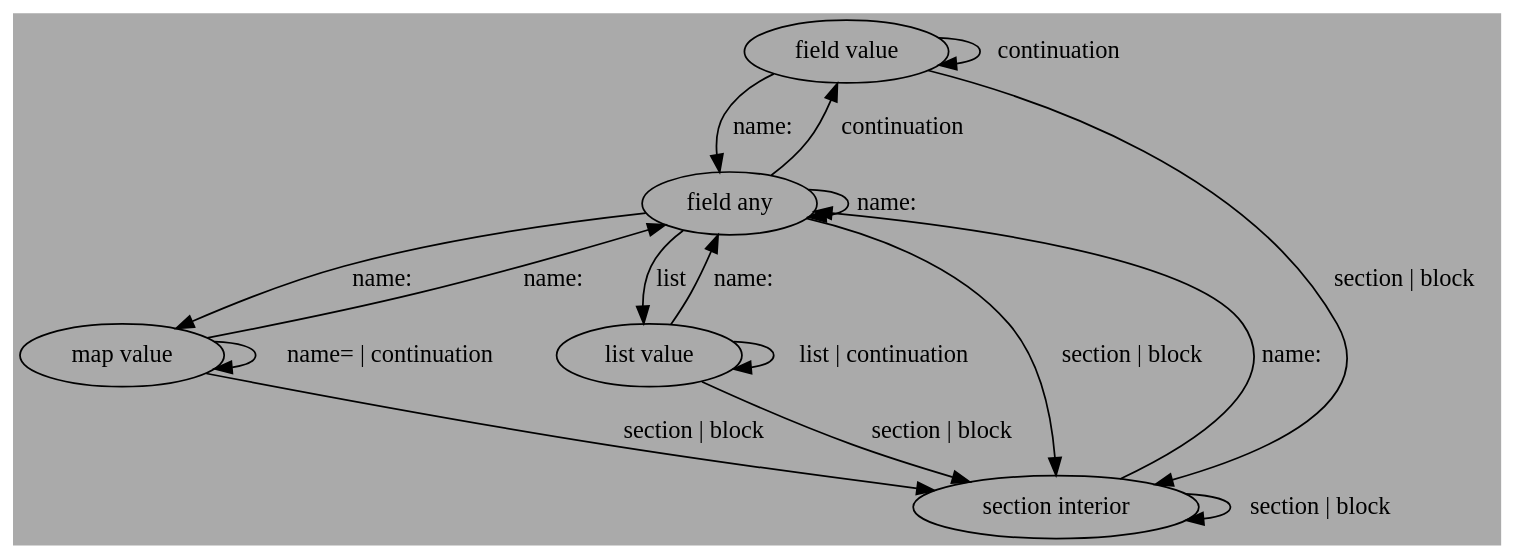
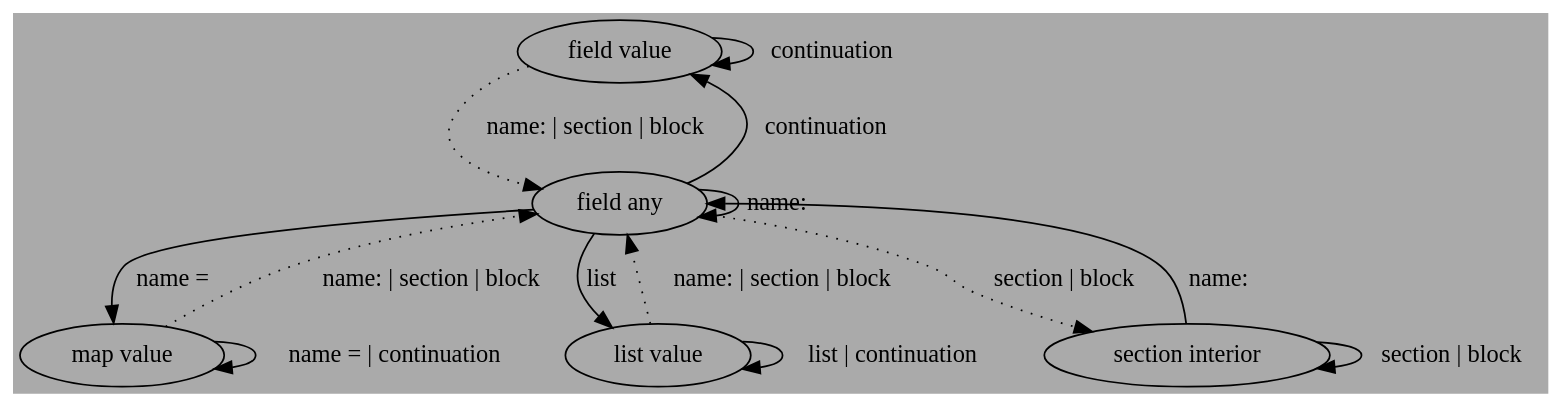
Before and after one commit to Nzen/Enohar: the diagram in usr/parser.dot, drawn with Graphviz. The commit also changed 9 other files, not shown here.

```diff
--- a/usr/parser.dot
+++ b/usr/parser.dot
@@ -1,27 +1,24 @@
 
 digraph eno_parse_stages
 {
 	bgcolor = "#AAAAAA"
 	field_value [ label = "field value" ];
 	field_any [ label = "field any" ];
 	map_value [ label = "map value" ];
 	list_value [ label = "list value" ];
 	section_interior [ label = "section interior" ];
 
 	section_interior -> section_interior [ label = "section | block" ];
 	section_interior -> field_any [ label = "name:" ];
 	field_any -> field_any [ label = "name:" ];
 	field_any -> field_value [ label = "continuation" ];
-	field_any -> map_value [ label = "name:" ];
+	field_any -> map_value [ label = "name =" ];
 	field_any -> list_value [ label = "list" ];
-	field_any -> section_interior [ label = "section | block" ];
+	field_any -> section_interior [ label = "section | block" style = "dotted" ];
 	field_value -> field_value [ label = "continuation" ];
-	field_value -> section_interior [ label = "section | block" ];
-	field_value -> field_any [ label = "name:" ];
-	map_value -> field_any [ label = "name:" ];
-	map_value -> section_interior [ label = "section | block" ];
-	map_value -> map_value [ label = "name= | continuation" ];
-	list_value -> field_any [ label = "name:" ];
-	list_value -> section_interior [ label = "section | block" ];
+	field_value -> field_any [ label = "name: | section | block" style = "dotted" ];
+	map_value -> field_any [ label = "name: | section | block" style = "dotted" ];
+	map_value -> map_value [ label = "name = | continuation" ];
+	list_value -> field_any [ label = "name: | section | block" style = "dotted" ];
 	list_value -> list_value [ label = "list | continuation" ];
 }
```
